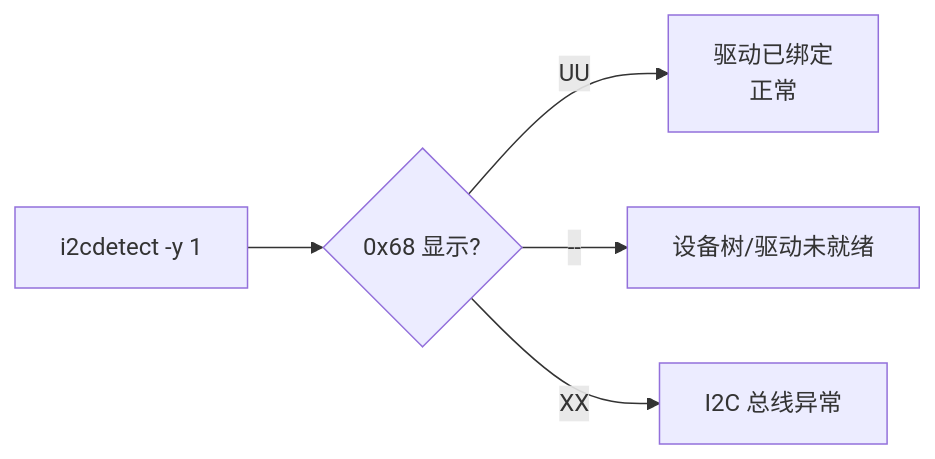
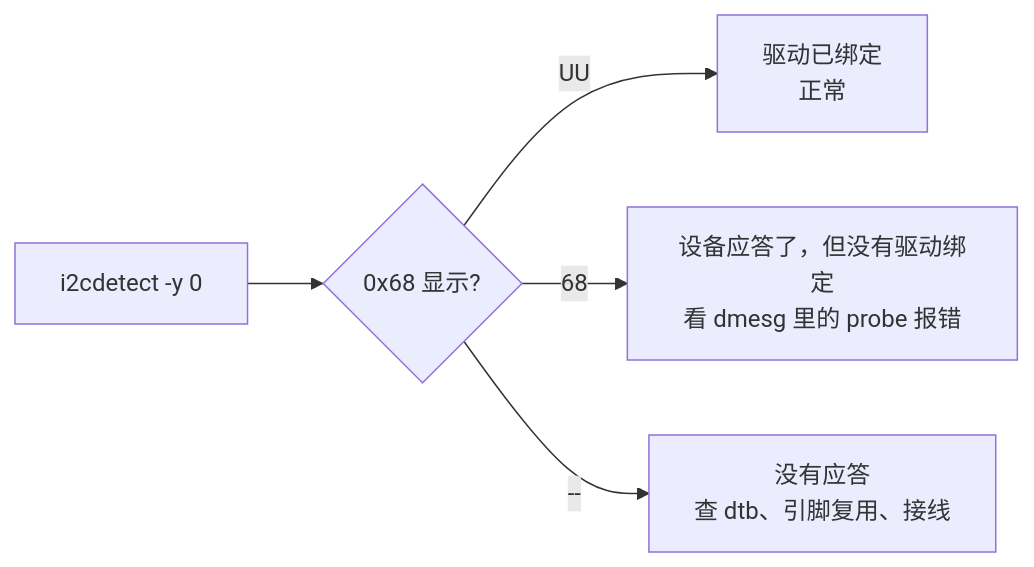
One commit to 2549227674/linux-kernel-driver-labs changed the fourth of 4 diagrams in 02-Describing-Hardware-Devices/docs/README.md. Above: the diagram before and after it, drawn with Mermaid. The commit also changed other lines of this file and 16 other files, not shown here.

````diff
--- a/02-Describing-Hardware-Devices/docs/README.md
+++ b/02-Describing-Hardware-Devices/docs/README.md
@@ -122,7 +122,7 @@
 ```mermaid
 graph LR
-    A["i2cdetect -y 1"] --> B{"0x68 显示?"}
+    A["i2cdetect -y 0"] --> B{"0x68 显示?"}
     B -->|"UU"| C["驱动已绑定<br>正常"]
-    B -->|"--"| D["设备树/驱动未就绪"]
-    B -->|"XX"| E["I2C 总线异常"]
+    B -->|"68"| E["设备应答了，但没有驱动绑定<br>看 dmesg 里的 probe 报错"]
+    B -->|"--"| D["没有应答<br>查 dtb、引脚复用、接线"]
 ```
````
